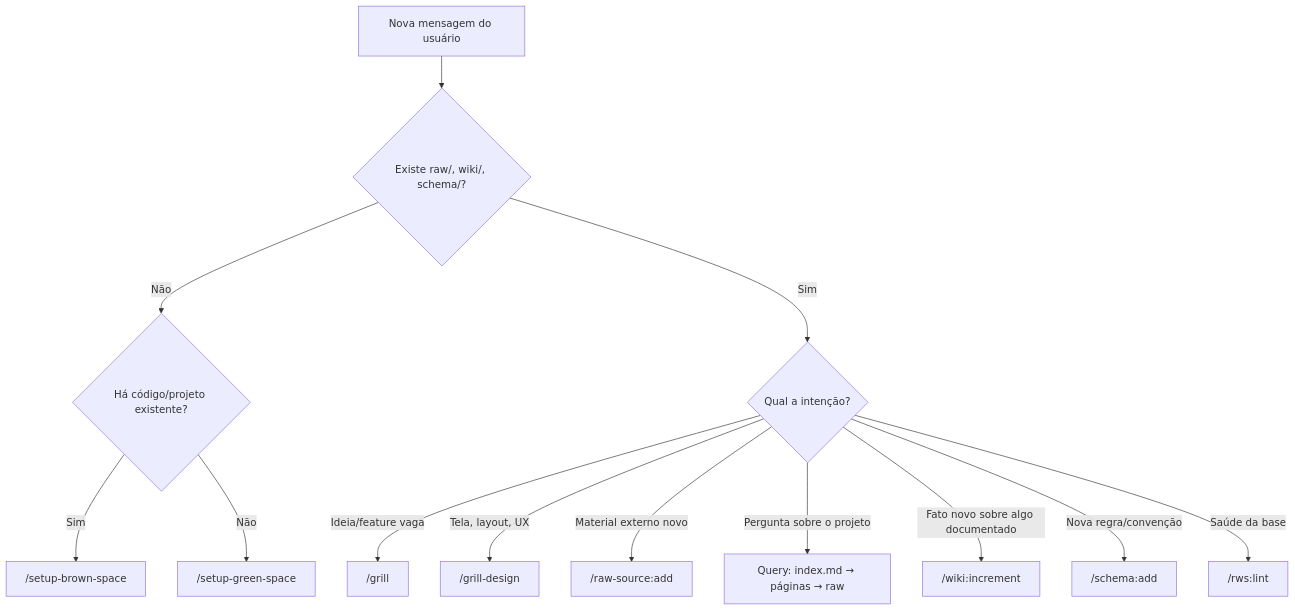
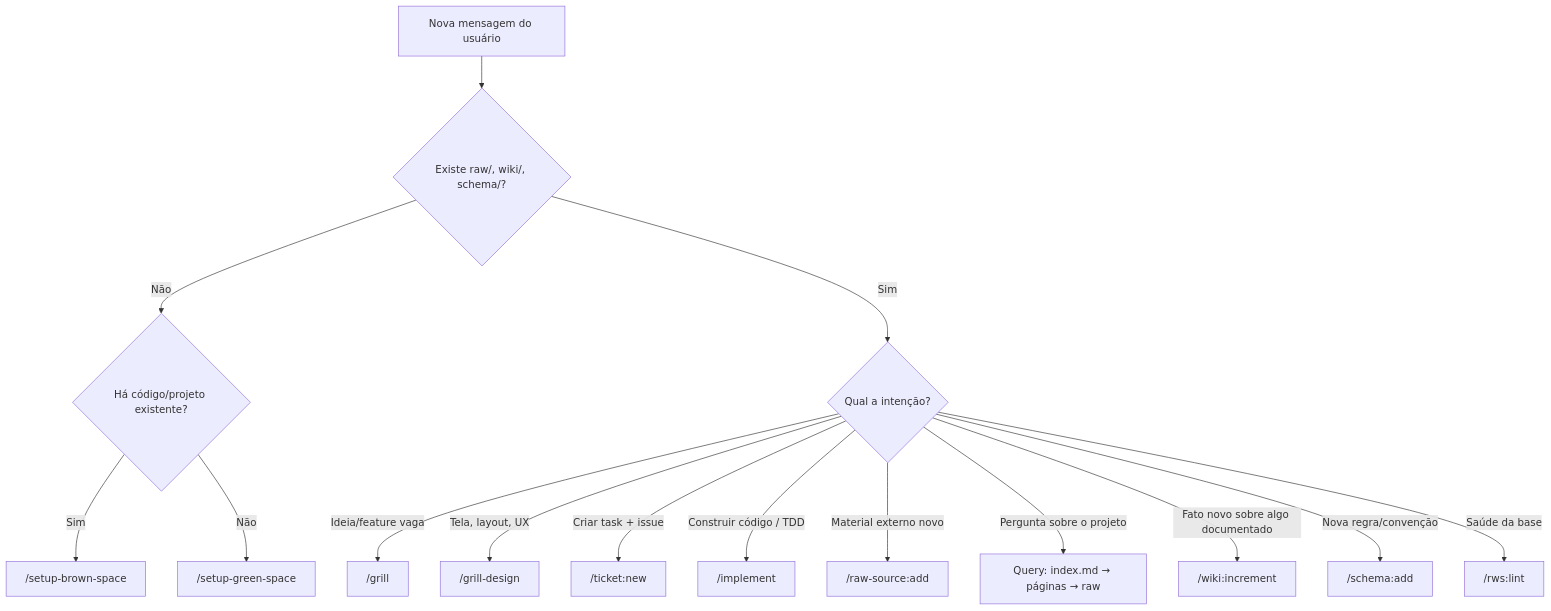
Before and after one commit to victor-lis-bronzo/rws-skill: the diagram in core/agent-router.md, drawn with Mermaid. The commit also changed other lines of this file and 21 other files, not shown here.

Commit message:
feat(tickets): adicionar escopo /ticket:*, orquestrador /implement e persistencia pos-grill

````diff
--- a/core/agent-router.md
+++ b/core/agent-router.md
@@ -14,15 +14,17 @@
 ```mermaid
 flowchart TD
     A["Nova mensagem do usuário"] --> B{"Existe raw/, wiki/, schema/?"}
     B -- Não --> C{"Há código/projeto existente?"}
     C -- Sim --> SBS["/setup-brown-space"]
     C -- Não --> SGS["/setup-green-space"]
     B -- Sim --> D{"Qual a intenção?"}
     D -- "Ideia/feature vaga" --> G["/grill"]
     D -- "Tela, layout, UX" --> GD["/grill-design"]
+    D -- "Criar task + issue" --> TN["/ticket:new"]
+    D -- "Construir código / TDD" --> IMP["/implement"]
     D -- "Material externo novo" --> RA["/raw-source:add"]
     D -- "Pergunta sobre o projeto" --> Q["Query: index.md → páginas → raw"]
     D -- "Fato novo sobre algo documentado" --> WI["/wiki:increment"]
     D -- "Nova regra/convenção" --> SA["/schema:add"]
     D -- "Saúde da base" --> L["/rws:lint"]
 ```
````
